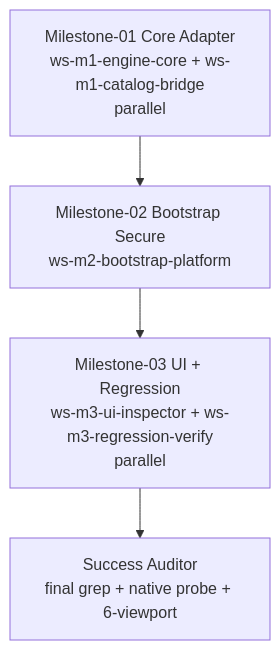
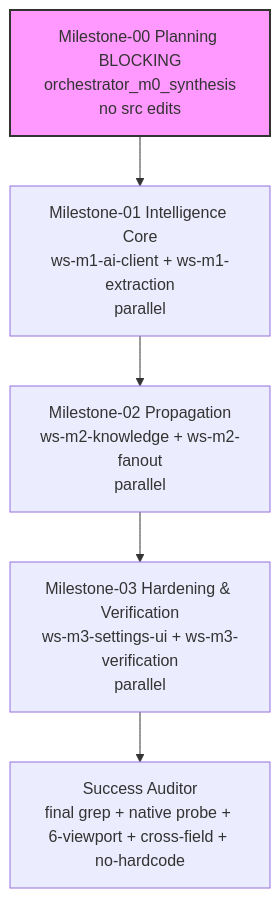
The diagram in .teamwork/plan.md (sujalmh/HealthBook), drawn with Mermaid before and after one commit. The commit also changed other lines of this file and 114 other files, not shown here.

First line of the commit message:
feat(intelligence): AI vision + structured outputs via OpenCode Go (chat/responses selectable), cross-field fan-out, knowledge engines — docs: .env Go endpoint deepseek vision/muse-spark

````diff
--- a/.teamwork/plan.md
+++ b/.teamwork/plan.md
@@ -69,6 +97,8 @@
 ```mermaid
 graph TD
-  M1[Milestone-01 Core Adapter<br/>ws-m1-engine-core + ws-m1-catalog-bridge<br/>parallel] --> M2[Milestone-02 Bootstrap Secure<br/>ws-m2-bootstrap-platform]
-  M2 --> M3[Milestone-03 UI + Regression<br/>ws-m3-ui-inspector + ws-m3-regression-verify<br/>parallel]
-  M3 --> SA[Success Auditor<br/>final grep + native probe + 6-viewport]
+  M0[Milestone-00 Planning BLOCKING<br/>orchestrator_m0_synthesis<br/>no src edits] --> M1[Milestone-01 Intelligence Core<br/>ws-m1-ai-client + ws-m1-extraction<br/>parallel]
+  M1 --> M2[Milestone-02 Propagation<br/>ws-m2-knowledge + ws-m2-fanout<br/>parallel]
+  M2 --> M3[Milestone-03 Hardening & Verification<br/>ws-m3-settings-ui + ws-m3-verification<br/>parallel]
+  M3 --> SA[Success Auditor<br/>final grep + native probe + 6-viewport + cross-field + no-hardcode]
+  style M0 fill:#f9f,stroke:#333,stroke-width:2px
 ```
````
